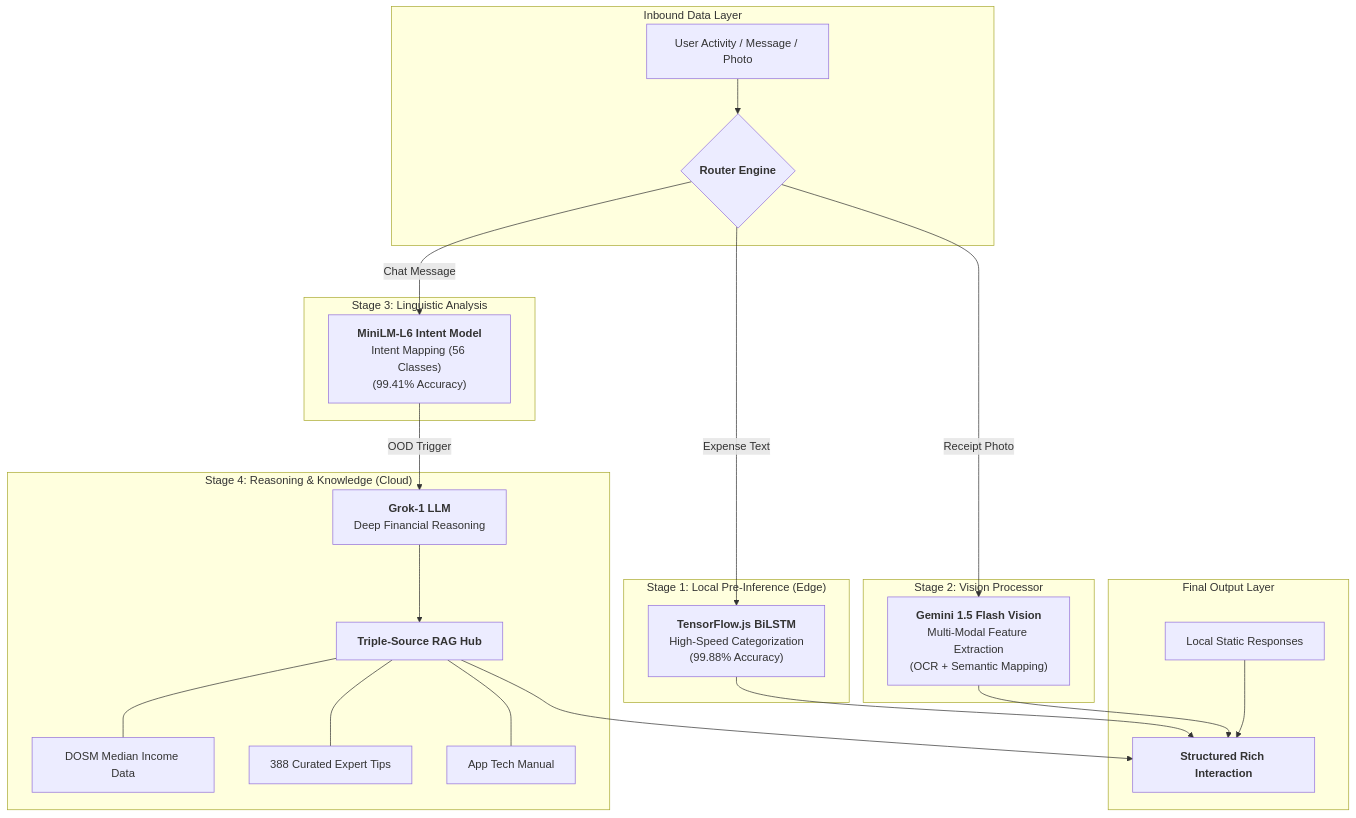
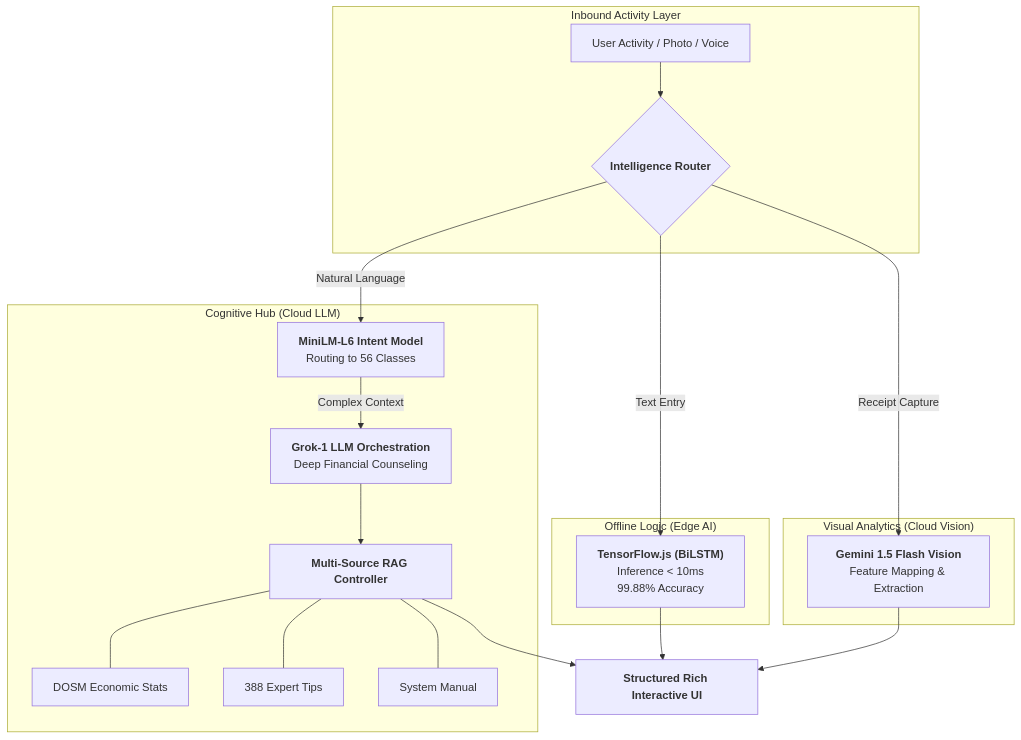
Before and after one commit to izwanGit/Beruang: the first of 2 diagrams in README.md, drawn with Mermaid. The commit also changed other lines of this file and 1 other file, not shown here.

````diff
--- a/README.md
+++ b/README.md
@@ -85,30 +96,25 @@
 ```mermaid
 graph TD
-    subgraph "Inbound Data Layer"
-    U["User Activity / Message / Photo"] --> R{<b>Router Engine</b>}
+    subgraph "Inbound Activity Layer"
+    U["User Activity / Photo / Voice"] --> R{<b>Intelligence Router</b>}
     end
 
-    subgraph "Stage 1: Local Pre-Inference (Edge)"
-    R -->|Expense Text| TFJ["<b>TensorFlow.js BiLSTM</b><br/>High-Speed Categorization<br/>(99.88% Accuracy)"]
+    subgraph "Offline Logic (Edge AI)"
+    R -->|Text Entry| TFJ["<b>TensorFlow.js (BiLSTM)</b><br/>Inference < 10ms<br/>99.88% Accuracy"]
     end
 
-    subgraph "Stage 2: Vision Processor"
-    R -->|Receipt Photo| GV["<b>Gemini 1.5 Flash Vision</b><br/>Multi-Modal Feature Extraction<br/>(OCR + Semantic Mapping)"]
+    subgraph "Visual Analytics (Cloud Vision)"
+    R -->|Receipt Capture| GV["<b>Gemini 1.5 Flash Vision</b><br/>Feature Mapping & Extraction"]
     end
 
-    subgraph "Stage 3: Linguistic Analysis"
-    R -->|Chat Message| INT["<b>MiniLM-L6 Intent Model</b><br/>Intent Mapping (56 Classes)<br/>(99.41% Accuracy)"]
+    subgraph "Cognitive Hub (Cloud LLM)"
+    R -->|Natural Language| INT["<b>MiniLM-L6 Intent Model</b><br/>Routing to 56 Classes"]
+    INT -->|Complex Context| GROK["<b>Grok-1 LLM Orchestration</b><br/>Deep Financial Counseling"]
+    GROK --> RAG["<b>Multi-Source RAG Controller</b>"]
+    RAG --- D1[DOSM Economic Stats]
+    RAG --- D2[388 Expert Tips]
+    RAG --- D3[System Manual]
     end
 
-    subgraph "Stage 4: Reasoning & Knowledge (Cloud)"
-    INT -->|OOD Trigger| GROK["<b>Grok-1 LLM</b><br/>Deep Financial Reasoning"]
-    GROK --> RAG["<b>Triple-Source RAG Hub</b>"]
-    RAG --- D1[DOSM Median Income Data]
-    RAG --- D2[388 Curated Expert Tips]
-    RAG --- D3[App Tech Manual]
-    end
-
-    subgraph "Final Output Layer"
-    TFJ & GV & Static["Local Static Responses"] & RAG --> Out["<b>Structured Rich Interaction</b>"]
-    end
+    TFJ & GV & RAG --> Out["<b>Structured Rich Interactive UI</b>"]
 ```
````
